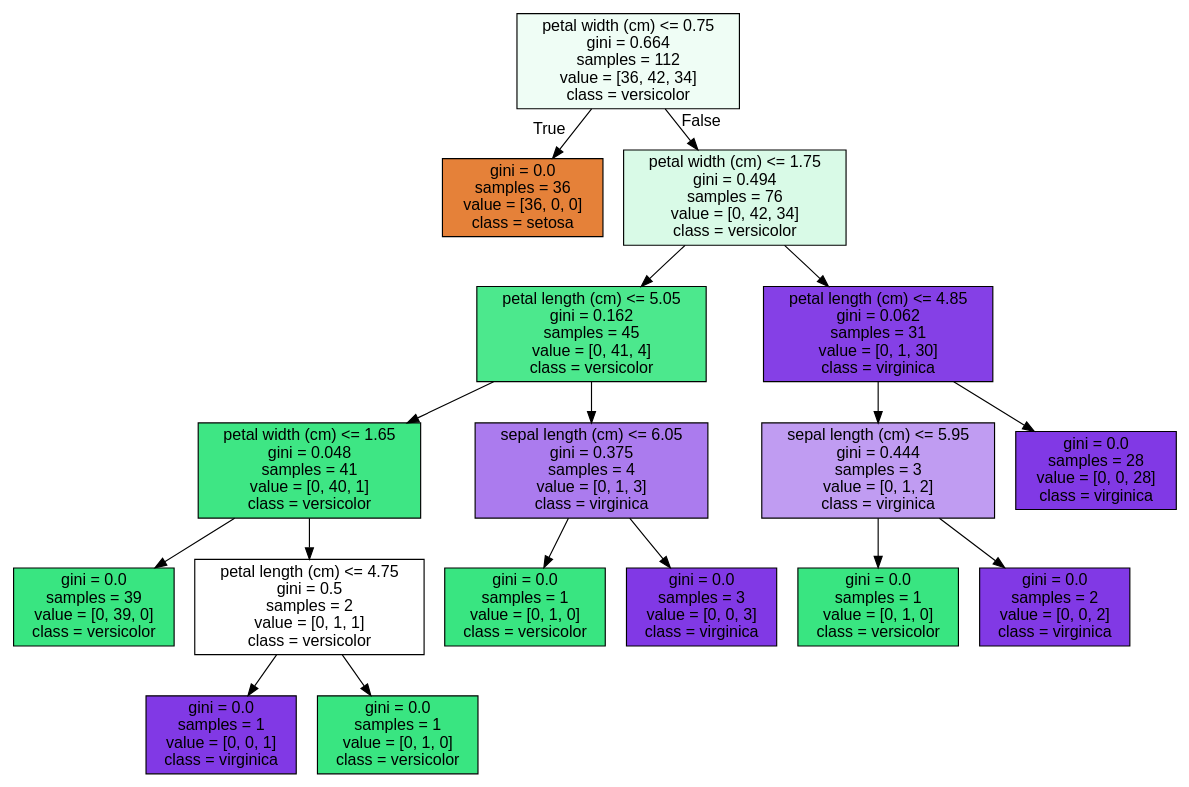
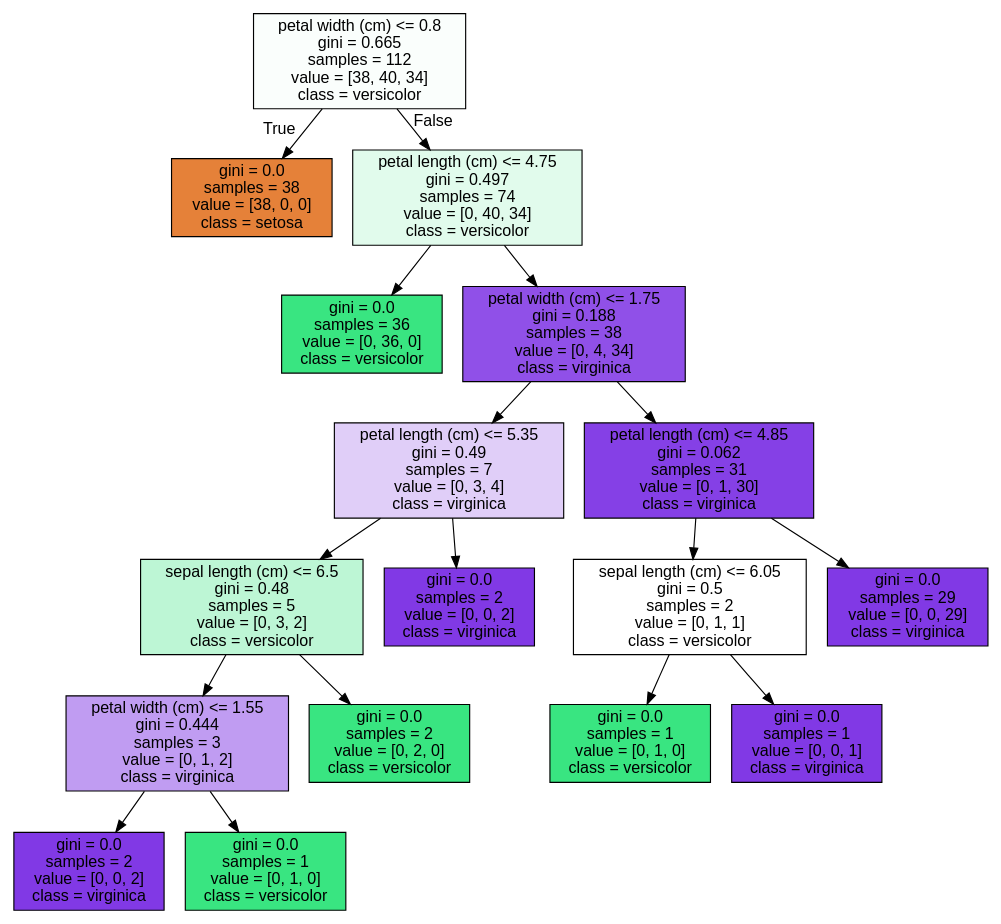
Before and after one commit to SCUTUM98/MachineLearning_Class: the diagram in tree.dot, drawn with Graphviz.

```diff
--- a/tree.dot
+++ b/tree.dot
@@ -1,37 +1,37 @@
 digraph Tree {
 node [shape=box, style="filled", color="black", fontname="helvetica"] ;
 edge [fontname="helvetica"] ;
-0 [label="petal width (cm) <= 0.75\ngini = 0.664\nsamples = 112\nvalue = [36, 42, 34]\nclass = versicolor", fillcolor="#effdf5"] ;
-1 [label="gini = 0.0\nsamples = 36\nvalue = [36, 0, 0]\nclass = setosa", fillcolor="#e58139"] ;
+0 [label="petal width (cm) <= 0.8\ngini = 0.665\nsamples = 112\nvalue = [38, 40, 34]\nclass = versicolor", fillcolor="#fafefc"] ;
+1 [label="gini = 0.0\nsamples = 38\nvalue = [38, 0, 0]\nclass = setosa", fillcolor="#e58139"] ;
 0 -> 1 [labeldistance=2.5, labelangle=45, headlabel="True"] ;
-2 [label="petal width (cm) <= 1.75\ngini = 0.494\nsamples = 76\nvalue = [0, 42, 34]\nclass = versicolor", fillcolor="#d9fae7"] ;
+2 [label="petal length (cm) <= 4.75\ngini = 0.497\nsamples = 74\nvalue = [0, 40, 34]\nclass = versicolor", fillcolor="#e1fbec"] ;
 0 -> 2 [labeldistance=2.5, labelangle=-45, headlabel="False"] ;
-3 [label="petal length (cm) <= 5.05\ngini = 0.162\nsamples = 45\nvalue = [0, 41, 4]\nclass = versicolor", fillcolor="#4ce88d"] ;
+3 [label="gini = 0.0\nsamples = 36\nvalue = [0, 36, 0]\nclass = versicolor", fillcolor="#39e581"] ;
 2 -> 3 ;
-4 [label="petal width (cm) <= 1.65\ngini = 0.048\nsamples = 41\nvalue = [0, 40, 1]\nclass = versicolor", fillcolor="#3ee684"] ;
-3 -> 4 ;
-5 [label="gini = 0.0\nsamples = 39\nvalue = [0, 39, 0]\nclass = versicolor", fillcolor="#39e581"] ;
+4 [label="petal width (cm) <= 1.75\ngini = 0.188\nsamples = 38\nvalue = [0, 4, 34]\nclass = virginica", fillcolor="#9050e8"] ;
+2 -> 4 ;
+5 [label="petal length (cm) <= 5.35\ngini = 0.49\nsamples = 7\nvalue = [0, 3, 4]\nclass = virginica", fillcolor="#e0cef8"] ;
 4 -> 5 ;
-6 [label="petal length (cm) <= 4.75\ngini = 0.5\nsamples = 2\nvalue = [0, 1, 1]\nclass = versicolor", fillcolor="#ffffff"] ;
-4 -> 6 ;
-7 [label="gini = 0.0\nsamples = 1\nvalue = [0, 0, 1]\nclass = virginica", fillcolor="#8139e5"] ;
+6 [label="sepal length (cm) <= 6.5\ngini = 0.48\nsamples = 5\nvalue = [0, 3, 2]\nclass = versicolor", fillcolor="#bdf6d5"] ;
+5 -> 6 ;
+7 [label="petal width (cm) <= 1.55\ngini = 0.444\nsamples = 3\nvalue = [0, 1, 2]\nclass = virginica", fillcolor="#c09cf2"] ;
 6 -> 7 ;
-8 [label="gini = 0.0\nsamples = 1\nvalue = [0, 1, 0]\nclass = versicolor", fillcolor="#39e581"] ;
-6 -> 8 ;
-9 [label="sepal length (cm) <= 6.05\ngini = 0.375\nsamples = 4\nvalue = [0, 1, 3]\nclass = virginica", fillcolor="#ab7bee"] ;
-3 -> 9 ;
-10 [label="gini = 0.0\nsamples = 1\nvalue = [0, 1, 0]\nclass = versicolor", fillcolor="#39e581"] ;
-9 -> 10 ;
-11 [label="gini = 0.0\nsamples = 3\nvalue = [0, 0, 3]\nclass = virginica", fillcolor="#8139e5"] ;
-9 -> 11 ;
+8 [label="gini = 0.0\nsamples = 2\nvalue = [0, 0, 2]\nclass = virginica", fillcolor="#8139e5"] ;
+7 -> 8 ;
+9 [label="gini = 0.0\nsamples = 1\nvalue = [0, 1, 0]\nclass = versicolor", fillcolor="#39e581"] ;
+7 -> 9 ;
+10 [label="gini = 0.0\nsamples = 2\nvalue = [0, 2, 0]\nclass = versicolor", fillcolor="#39e581"] ;
+6 -> 10 ;
+11 [label="gini = 0.0\nsamples = 2\nvalue = [0, 0, 2]\nclass = virginica", fillcolor="#8139e5"] ;
+5 -> 11 ;
 12 [label="petal length (cm) <= 4.85\ngini = 0.062\nsamples = 31\nvalue = [0, 1, 30]\nclass = virginica", fillcolor="#8540e6"] ;
-2 -> 12 ;
-13 [label="sepal length (cm) <= 5.95\ngini = 0.444\nsamples = 3\nvalue = [0, 1, 2]\nclass = virginica", fillcolor="#c09cf2"] ;
+4 -> 12 ;
+13 [label="sepal length (cm) <= 6.05\ngini = 0.5\nsamples = 2\nvalue = [0, 1, 1]\nclass = versicolor", fillcolor="#ffffff"] ;
 12 -> 13 ;
 14 [label="gini = 0.0\nsamples = 1\nvalue = [0, 1, 0]\nclass = versicolor", fillcolor="#39e581"] ;
 13 -> 14 ;
-15 [label="gini = 0.0\nsamples = 2\nvalue = [0, 0, 2]\nclass = virginica", fillcolor="#8139e5"] ;
+15 [label="gini = 0.0\nsamples = 1\nvalue = [0, 0, 1]\nclass = virginica", fillcolor="#8139e5"] ;
 13 -> 15 ;
-16 [label="gini = 0.0\nsamples = 28\nvalue = [0, 0, 28]\nclass = virginica", fillcolor="#8139e5"] ;
+16 [label="gini = 0.0\nsamples = 29\nvalue = [0, 0, 29]\nclass = virginica", fillcolor="#8139e5"] ;
 12 -> 16 ;
 }
```
